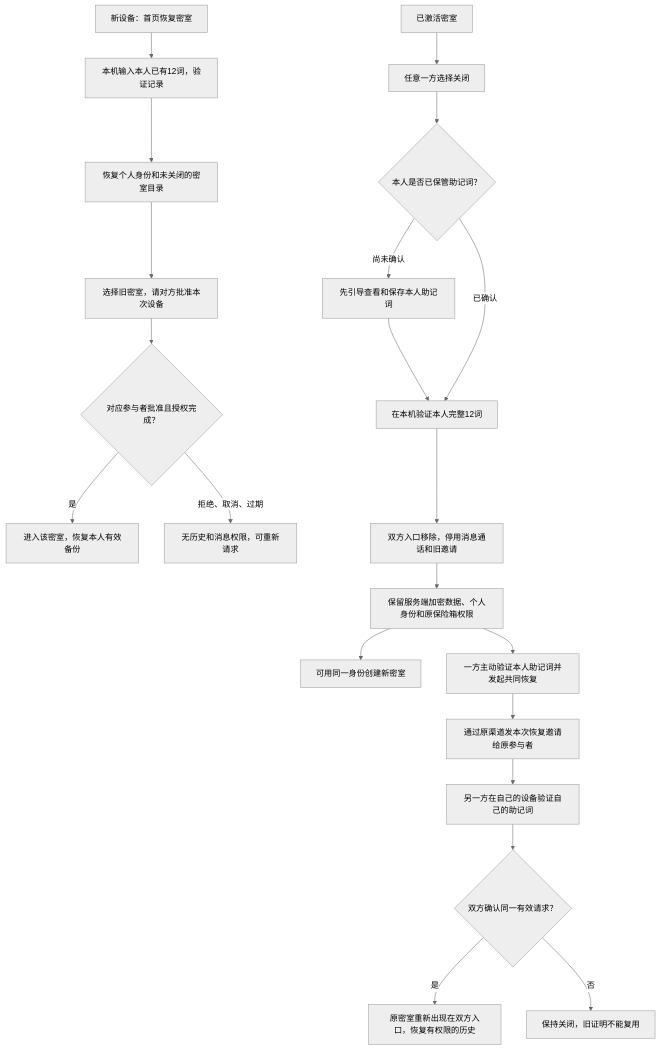
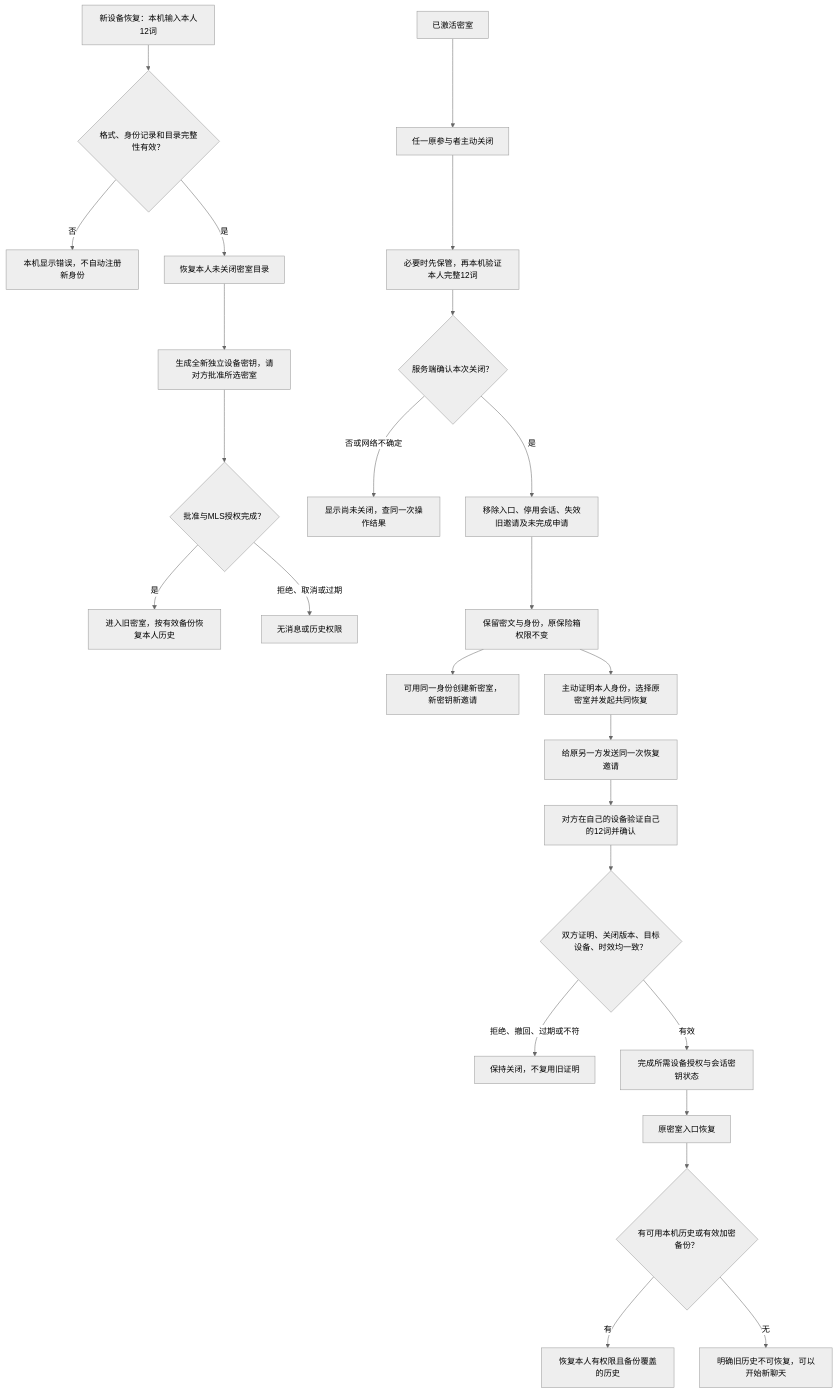
The third of 5 diagrams in docs/requirements/2026-10-16-personal-mnemonic-friends/flow.md (zdaiwmm/shui-IM), drawn with Mermaid (neutral theme) before and after one commit. The commit also changed other lines of this file and 3 other files, not shown here.

````diff
--- a/docs/requirements/2026-10-16-personal-mnemonic-friends/flow.md
+++ b/docs/requirements/2026-10-16-personal-mnemonic-friends/flow.md
@@ -67,23 +62,27 @@
 ```mermaid
 flowchart TD
-  NEW[新设备：首页恢复密室] --> OWN[本机输入本人已有12词，验证记录]
-  OWN --> DIR[恢复个人身份和未关闭的密室目录]
-  DIR --> DEV[选择旧密室，请对方批准本次设备]
-  DEV --> OK{对应参与者批准且授权完成？}
-  OK -->|是| ENTER[进入该密室，恢复本人有效备份]
-  OK -->|拒绝、取消、过期| DENY[无历史和消息权限，可重新请求]
-  OPEN[已激活密室] --> CLOSE[任意一方选择关闭]
-  CLOSE --> BACKUP{本人是否已保管助记词？}
-  BACKUP -->|尚未确认| FIRST[先引导查看和保存本人助记词]
-  FIRST --> PROOF[在本机验证本人完整12词]
-  BACKUP -->|已确认| PROOF
-  PROOF --> CLOSED[双方入口移除，停用消息通话和旧邀请]
-  CLOSED --> KEEP[保留服务端加密数据、个人身份和原保险箱权限]
-  KEEP --> FRESH[可用同一身份创建新密室]
-  KEEP --> ASK[一方主动验证本人助记词并发起共同恢复]
-  ASK --> SEND[通过原渠道发本次恢复邀请给原参与者]
-  SEND --> SECOND[另一方在自己的设备验证自己的助记词]
-  SECOND --> BOTH{双方确认同一有效请求？}
-  BOTH -->|是| RESTORED[原密室重新出现在双方入口，恢复有权限的历史]
-  BOTH -->|否| STAY[保持关闭，旧证明不能复用]
+  NEW[新设备恢复：本机输入本人12词] --> ID{格式、身份记录和目录完整性有效？}
+  ID -->|否| BAD[本机显示错误，不自动注册新身份]
+  ID -->|是| DIR[恢复本人未关闭密室目录]
+  DIR --> DEVICE[生成全新独立设备密钥，请对方批准所选密室]
+  DEVICE --> APPROVE{批准与MLS授权完成？}
+  APPROVE -->|是| ENTER[进入旧密室，按有效备份恢复本人历史]
+  APPROVE -->|拒绝、取消或过期| NODEVICE[无消息或历史权限]
+  OPEN[已激活密室] --> CLOSE[任一原参与者主动关闭]
+  CLOSE --> OWN[必要时先保管，再本机验证本人完整12词]
+  OWN --> SERVER{服务端确认本次关闭？}
+  SERVER -->|否或网络不确定| WAIT[显示尚未关闭，查同一次操作结果]
+  SERVER -->|是| CLOSED[移除入口、停用会话、失效旧邀请及未完成申请]
+  CLOSED --> KEEP[保留密文与身份，原保险箱权限不变]
+  KEEP --> FRESHROOM[可用同一身份创建新密室，新密钥新邀请]
+  KEEP --> ASK[主动证明本人身份，选择原密室并发起共同恢复]
+  ASK --> LINK[给原另一方发送同一次恢复邀请]
+  LINK --> PEER[对方在自己的设备验证自己的12词并确认]
+  PEER --> BOTH{双方证明、关闭版本、目标设备、时效均一致？}
+  BOTH -->|拒绝、撤回、过期或不符| STAY[保持关闭，不复用旧证明]
+  BOTH -->|有效| KEYS[完成所需设备授权与会话密钥状态]
+  KEYS --> RESTORED[原密室入口恢复]
+  RESTORED --> HISTORY{有可用本机历史或有效加密备份？}
+  HISTORY -->|有| PAST[恢复本人有权限且备份覆盖的历史]
+  HISTORY -->|无| EMPTY[明确旧历史不可恢复，可以开始新聊天]
 ```
````
